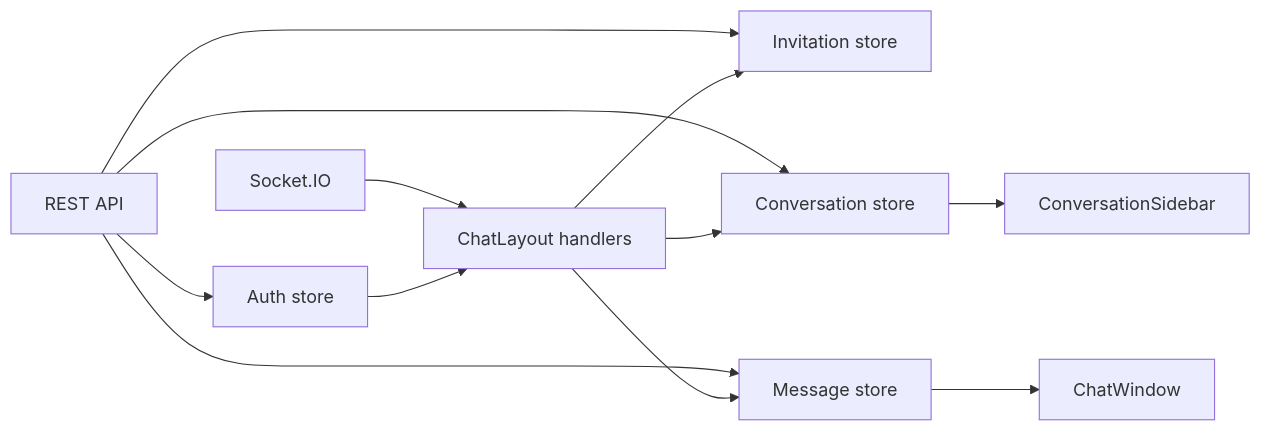
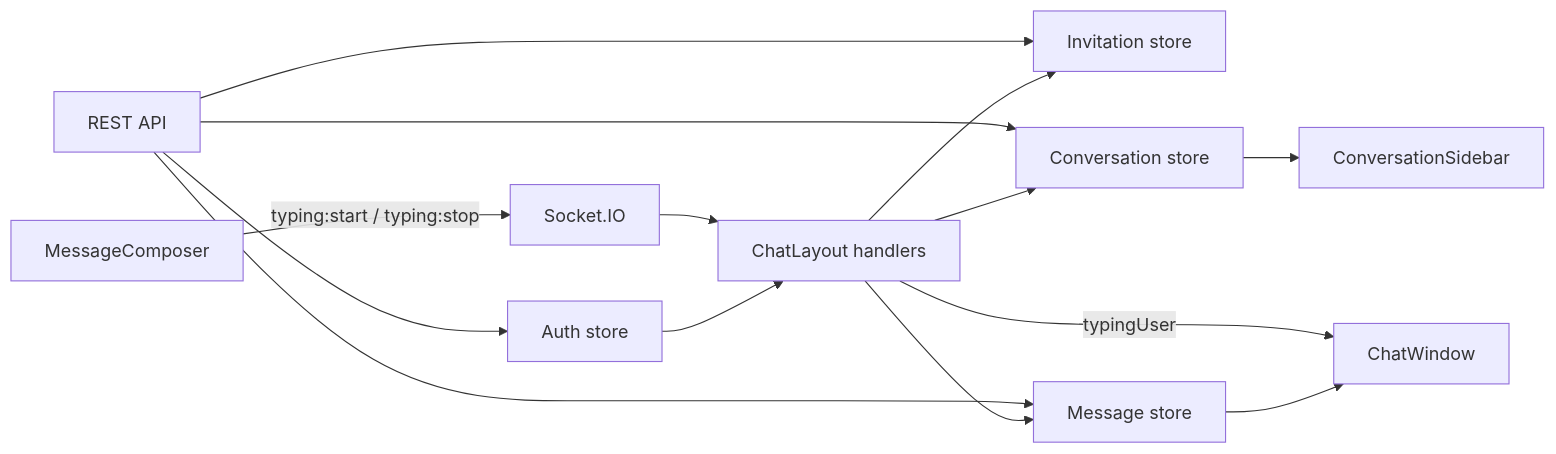
Before and after one commit to Saurav11343/click-chat: the second of 3 diagrams in docs/06-frontend-design.md, drawn with Mermaid. The commit also changed other lines of this file and 13 other files, not shown here.

````diff
--- a/docs/06-frontend-design.md
+++ b/docs/06-frontend-design.md
@@ -61,14 +61,16 @@
 ```mermaid
 flowchart LR
     API["REST API"] --> AUTH["Auth store"]
     API --> INV["Invitation store"]
     API --> CON["Conversation store"]
     API --> MSG["Message store"]
     SOCKET["Socket.IO"] --> LAYOUT["ChatLayout handlers"]
+    COMP["MessageComposer"] -->|"typing:start / typing:stop"| SOCKET
     LAYOUT --> INV
     LAYOUT --> CON
     LAYOUT --> MSG
+    LAYOUT -->|"typingUser"| WINDOW
     CON --> SIDEBAR["ConversationSidebar"]
     MSG --> WINDOW["ChatWindow"]
     AUTH --> LAYOUT
 ```
````
